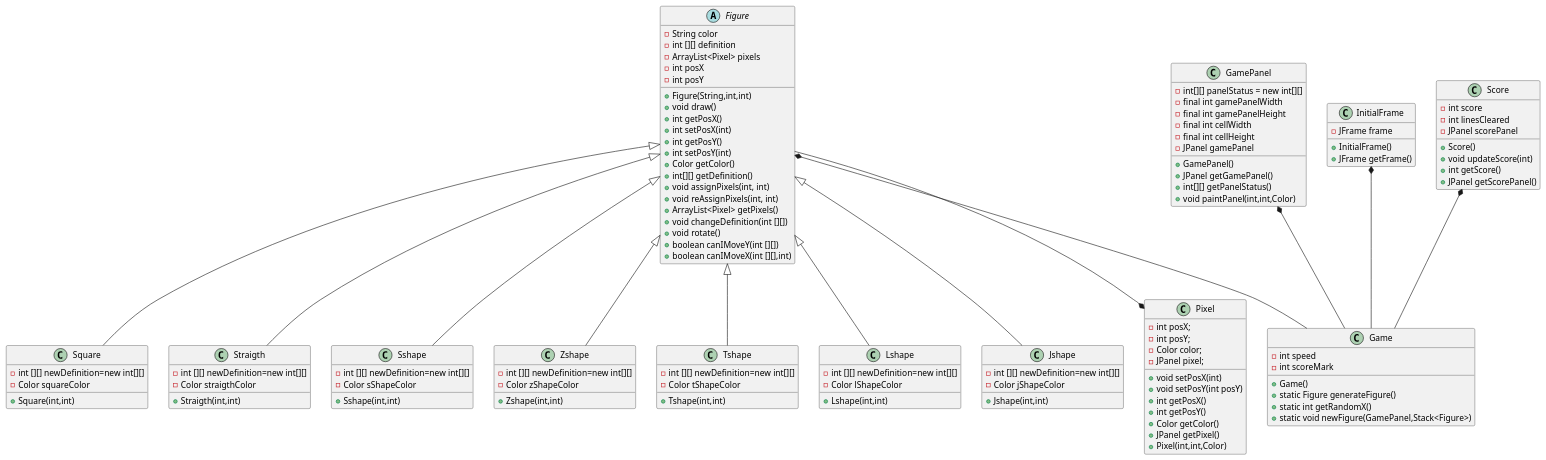
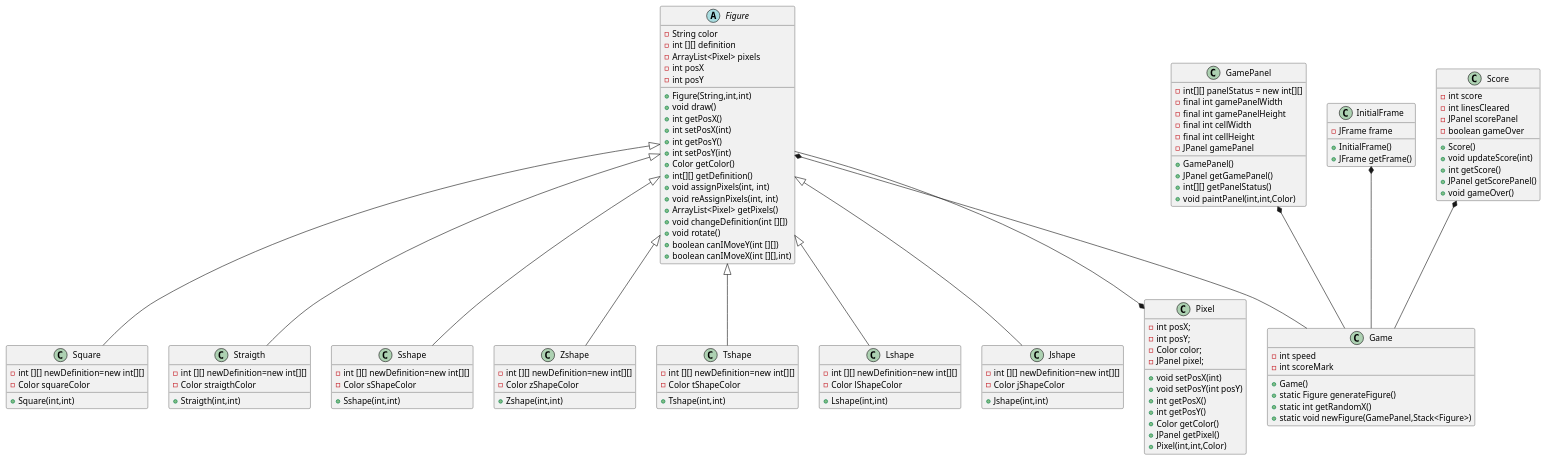
One commit to pablarce/Tetris changed the diagram in Tetris/src/docs/PlantUml.puml. Above: the diagram before and after it, drawn with PlantUML. The commit also changed 6 other files, not shown here.

```diff
--- a/Tetris/src/docs/PlantUml.puml
+++ b/Tetris/src/docs/PlantUml.puml
@@ -1,137 +1,139 @@
 @startuml
 'https://plantuml.com/class-diagram
 
 abstract class Figure{
 - String color
     - int [][] definition
     - ArrayList<Pixel> pixels
     - int posX
     - int posY
 + Figure(String,int,int)
 + void draw()
 + int getPosX()
 + int setPosX(int)
 + int getPosY()
 + int setPosY(int)
 + Color getColor()
 + int[][] getDefinition()
 + void assignPixels(int, int)
  + void reAssignPixels(int, int)
  + ArrayList<Pixel> getPixels()
  + void changeDefinition(int [][])
 + void rotate()
 + boolean canIMoveY(int [][])
 + boolean canIMoveX(int [][],int)
 
 
 
 }
 class Square{
 -int [][] newDefinition=new int[][]
 - Color squareColor
 + Square(int,int)
 
 }
 class Straigth{
 -int [][] newDefinition=new int[][]
 - Color straigthColor
 + Straigth(int,int)
 }
 class Sshape{
 -int [][] newDefinition=new int[][]
 - Color sShapeColor
 + Sshape(int,int)
 }
 class Zshape{
 -int [][] newDefinition=new int[][]
 - Color zShapeColor
 + Zshape(int,int)
 
 }
 class Tshape{
 -int [][] newDefinition=new int[][]
 - Color tShapeColor
 + Tshape(int,int)
 
 }
 class Lshape{
 -int [][] newDefinition=new int[][]
 - Color lShapeColor
 + Lshape(int,int)
 
 
 }
 class Jshape{
 -int [][] newDefinition=new int[][]
 - Color jShapeColor
 + Jshape(int,int)
 }
 class GamePanel{
 - int[][] panelStatus = new int[][]
     - final int gamePanelWidth
     - final int gamePanelHeight
     - final int cellWidth
     - final int cellHeight
      - JPanel gamePanel
  + GamePanel()
 + JPanel getGamePanel()
 + int[][] getPanelStatus()
 + void paintPanel(int,int,Color)
 
 
 }
 class Pixel{
 - int posX;
     - int posY;
     - Color color;
     - JPanel pixel;
     + void setPosX(int)
     + void setPosY(int posY)
     + int getPosX()
     + int getPosY()
     + Color getColor()
     + JPanel getPixel()
     + Pixel(int,int,Color)
 
 
 }
 class InitialFrame{
  - JFrame frame
  + InitialFrame()
   + JFrame getFrame()
 
 }
 class Game{
     - int speed
     - int scoreMark
     + Game()
 + static Figure generateFigure()
 + static int getRandomX()
 + static void newFigure(GamePanel,Stack<Figure>)
 }
 class Score{
     - int score
     - int linesCleared
     - JPanel scorePanel
+    - boolean gameOver
     + Score()
     + void updateScore(int)
     + int getScore()
     + JPanel getScorePanel()
+    + void gameOver()
 }
 Figure <|-- Straigth
 Figure <|-- Square
 Figure <|-- Sshape
 Figure <|-- Zshape
 Figure <|-- Tshape
 Figure <|-- Lshape
 Figure <|-- Jshape
 
 Figure --* Pixel
 
 GamePanel *-- Game
 InitialFrame *-- Game
 Figure *-- Game
 Score *-- Game
 
 
 @enduml
```
